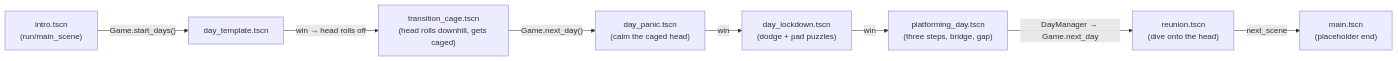
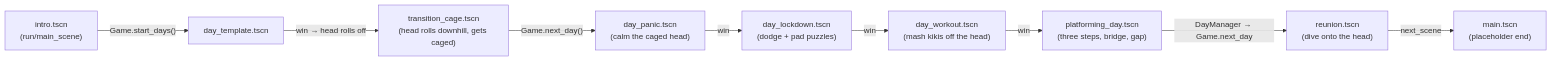
Before and after one commit to tucksravin/dont-lose-your-head: the diagram in docs/CODEBASE.md, drawn with Mermaid. The commit also changed other lines of this file and 14 other files, not shown here.

Commit message:
adds workout day

````diff
--- a/docs/CODEBASE.md
+++ b/docs/CODEBASE.md
@@ -26,10 +26,11 @@
 ```mermaid
 flowchart LR
   I["intro.tscn<br/>(run/main_scene)"] -- "Game.start_days()" --> D0["day_template.tscn"]
   D0 -- "win → head rolls off" --> T1["transition_cage.tscn<br/>(head rolls downhill, gets caged)"]
   T1 -- "Game.next_day()" --> D1["day_panic.tscn<br/>(calm the caged head)"]
   D1 -- "win" --> Dlock["day_lockdown.tscn<br/>(dodge + pad puzzles)"]
-  Dlock -- "win" --> D2["platforming_day.tscn<br/>(three steps, bridge, gap)"]
+  Dlock -- "win" --> Dwork["day_workout.tscn<br/>(mash kikis off the head)"]
+  Dwork -- "win" --> D2["platforming_day.tscn<br/>(three steps, bridge, gap)"]
   D2 -- "DayManager → Game.next_day" --> R["reunion.tscn<br/>(dive onto the head)"]
   R -- "next_scene" --> M["main.tscn<br/>(placeholder end)"]
 ```
````
